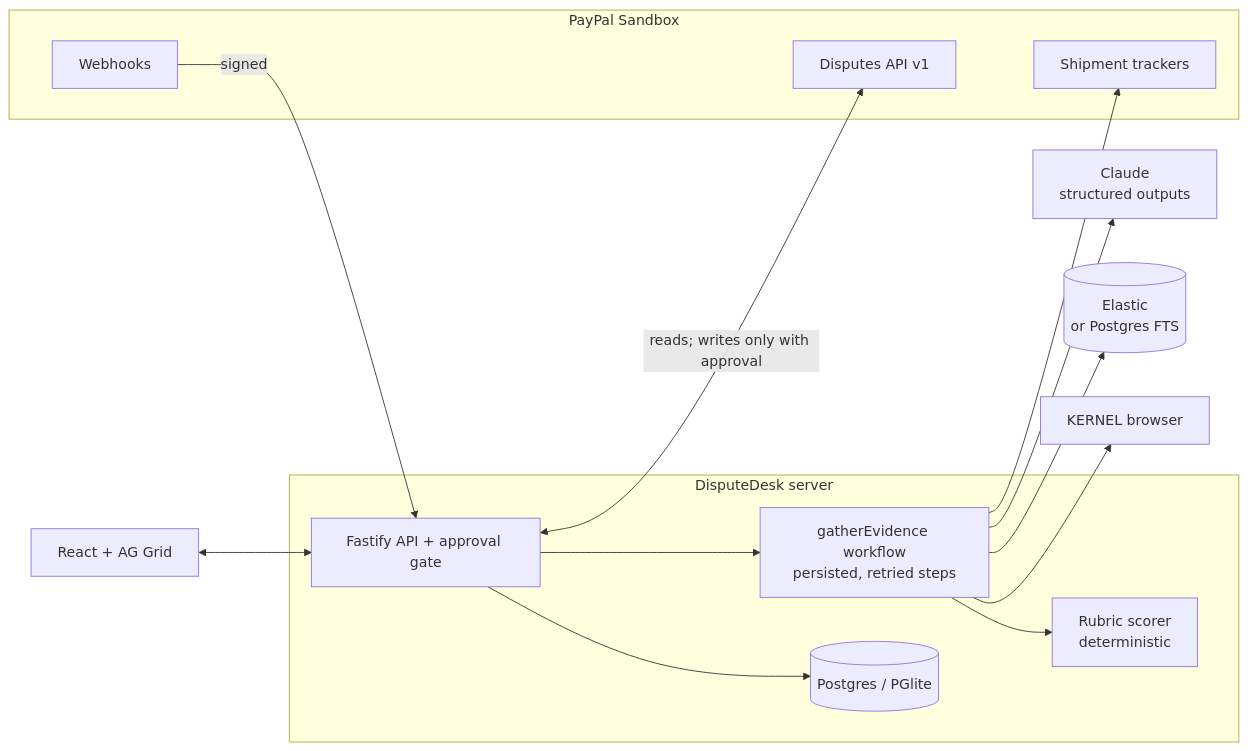
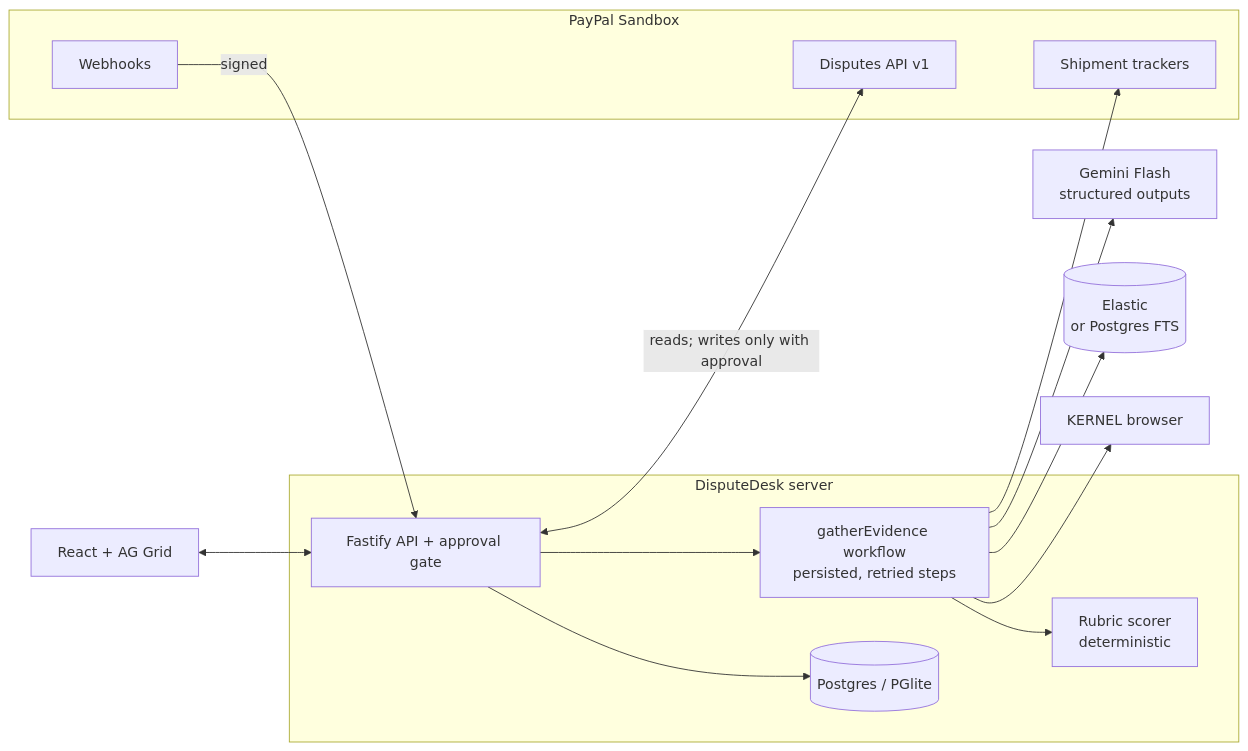
Before and after one commit to shefar77/DisputeDesk: the diagram in README.md, drawn with Mermaid. The commit also changed other lines of this file and 21 other files, not shown here.

````diff
--- a/README.md
+++ b/README.md
@@ -49,29 +49,29 @@
 ```mermaid
 flowchart LR
   subgraph PayPal Sandbox
     PD[Disputes API v1]
     PW[Webhooks]
     PT[Shipment trackers]
   end
   subgraph DisputeDesk server
     API[Fastify API + approval gate]
     WF[gatherEvidence workflow<br/>persisted, retried steps]
     RUB[Rubric scorer<br/>deterministic]
     DB[(Postgres / PGlite)]
   end
   UI[React + AG Grid]
-  LLM[Claude<br/>structured outputs]
+  LLM[Gemini Flash<br/>structured outputs]
   EL[(Elastic<br/>or Postgres FTS)]
   KN[KERNEL browser]
 
   PW -->|signed| API
   API <-->|reads; writes only with approval| PD
   WF --> PT
   WF --> KN
   WF --> LLM
   WF --> EL
   WF --> RUB
   API --> WF
   API --> DB
   UI <--> API
 ```
````
